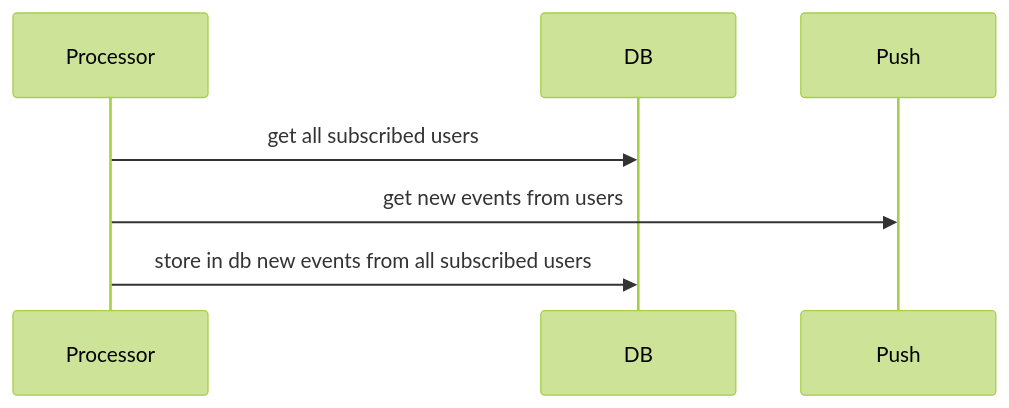
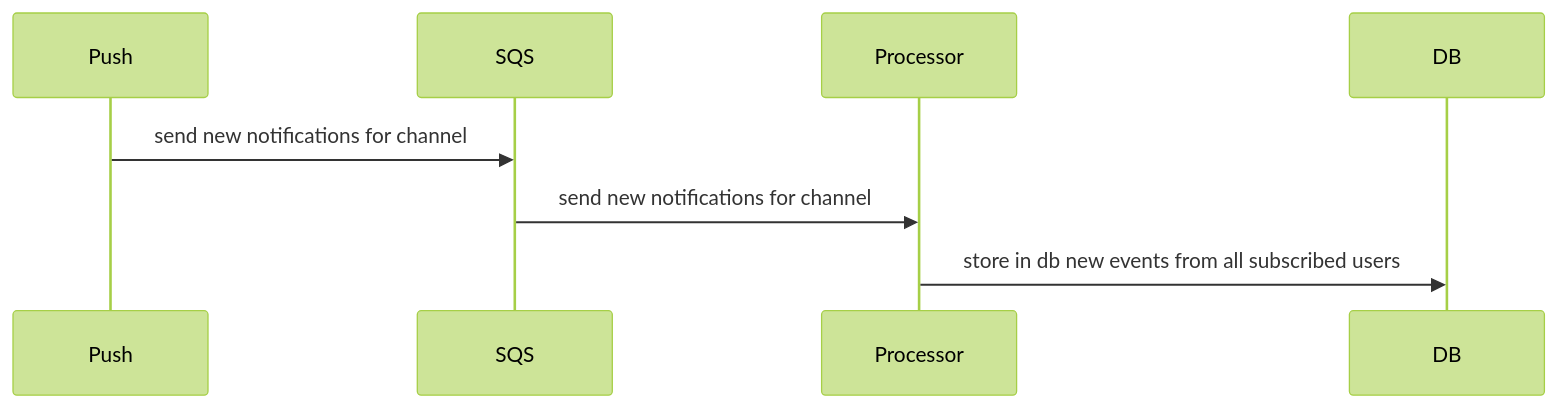
Before and after one commit to decentraland/notifications-workers: the first of 2 diagrams in README.md, drawn with Mermaid (forest theme). The commit also changed other lines of this file, not shown here.

````diff
--- a/README.md
+++ b/README.md
@@ -31,6 +31,6 @@
 ```mermaid
 sequenceDiagram
-  Processor->>DB: get all subscribed users 
-  Processor->>Push: get new events from users 
+  Push->>SQS: send new notifications for channel
+  SQS->>Processor: send new notifications for channel
   Processor->>DB: store in db new events from all subscribed users
 ```
````
